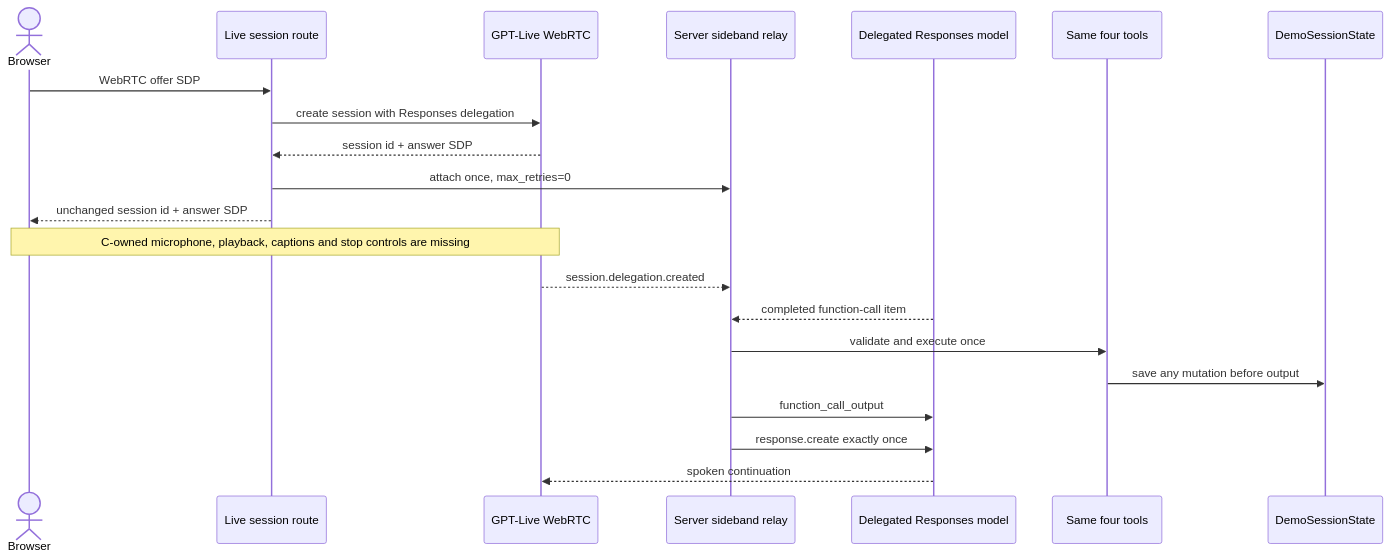
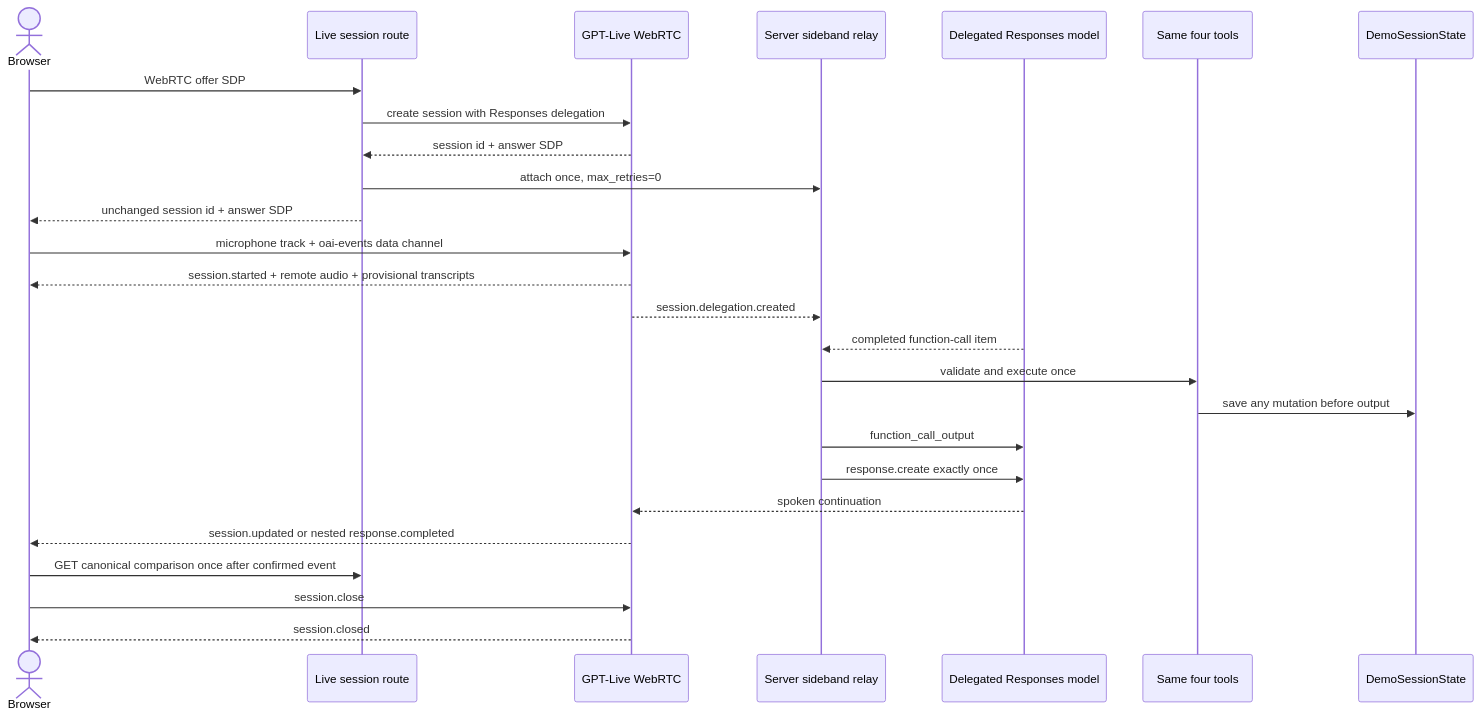
Before and after one commit to jaxwong/decodex: the seventh of 8 diagrams in docs/architecture.md, drawn with Mermaid. The commit also changed other lines of this file and 12 other files, not shown here.

````diff
--- a/docs/architecture.md
+++ b/docs/architecture.md
@@ -298,25 +322,30 @@
 ```mermaid
 sequenceDiagram
     actor Browser
     participant API as Live session route
     participant Live as GPT-Live WebRTC
     participant Sideband as Server sideband relay
     participant Responses as Delegated Responses model
     participant Tools as Same four tools
     participant State as DemoSessionState
 
     Browser->>API: WebRTC offer SDP
     API->>Live: create session with Responses delegation
     Live-->>API: session id + answer SDP
     API->>Sideband: attach once, max_retries=0
     API-->>Browser: unchanged session id + answer SDP
 
-    Note over Browser,Live: C-owned microphone, playback, captions and stop controls are missing
+    Browser->>Live: microphone track + oai-events data channel
+    Live-->>Browser: session.started + remote audio + provisional transcripts
     Live-->>Sideband: session.delegation.created
     Responses-->>Sideband: completed function-call item
     Sideband->>Tools: validate and execute once
     Tools->>State: save any mutation before output
     Sideband->>Responses: function_call_output
     Sideband->>Responses: response.create exactly once
     Responses-->>Live: spoken continuation
+    Live-->>Browser: session.updated or nested response.completed
+    Browser->>API: GET canonical comparison once after confirmed event
+    Browser->>Live: session.close
+    Live-->>Browser: session.closed
 ```
````
